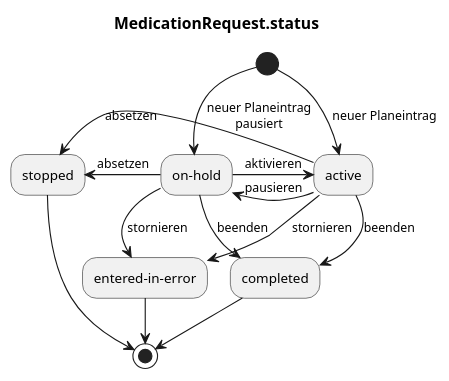
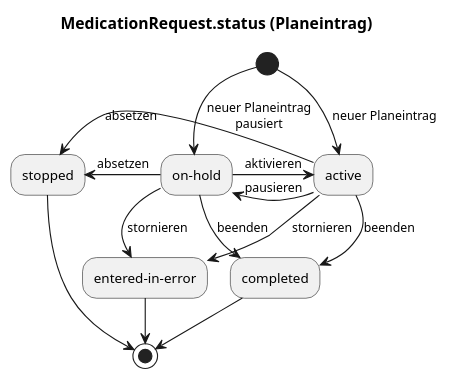
The diagram in plantuml/stateDiagram_mr_status_planeintrag.plantuml (HL7Austria/ELGA-e-Medikation-R4), drawn with PlantUML before and after one commit. The commit also changed 1 other file, not shown here.

```diff
--- a/plantuml/stateDiagram_mr_status_planeintrag.plantuml
+++ b/plantuml/stateDiagram_mr_status_planeintrag.plantuml
@@ -1,17 +1,17 @@
 @startuml
-title MedicationRequest.status
+title MedicationRequest.status (Planeintrag)
 
 (*) -d-> [neuer Planeintrag] active
 (*) -d-> [neuer Planeintrag\npausiert] "on-hold"
 "on-hold" -r-> [aktivieren] active 
 "on-hold" -d-> [stornieren] "entered-in-error"
 "on-hold" -l-> [absetzen] stopped
 "on-hold" -d-> [beenden] completed
 active -l-> [absetzen] stopped
 active -r-> [beenden] completed  
 active -l-> [pausieren] "on-hold"
 active -d-> [stornieren] "entered-in-error"
 stopped -d-> (*)
 "entered-in-error" -d-> (*)
 completed -d-> (*)
 @enduml
```
